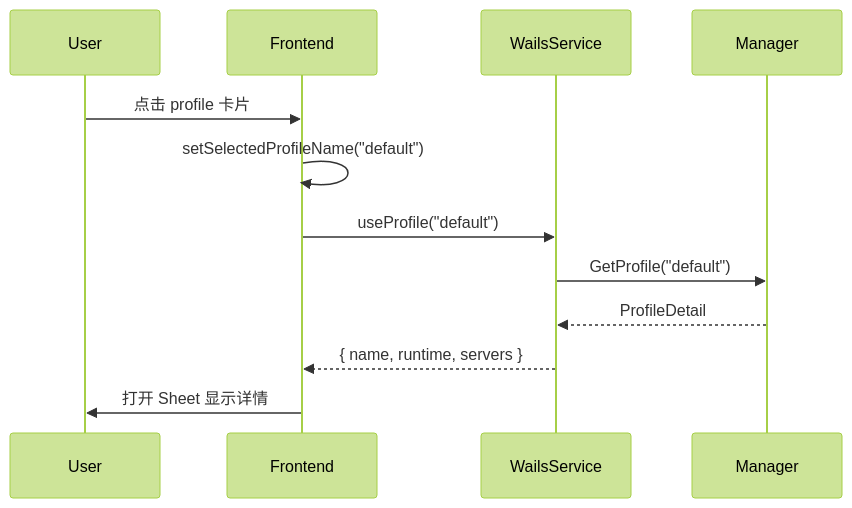
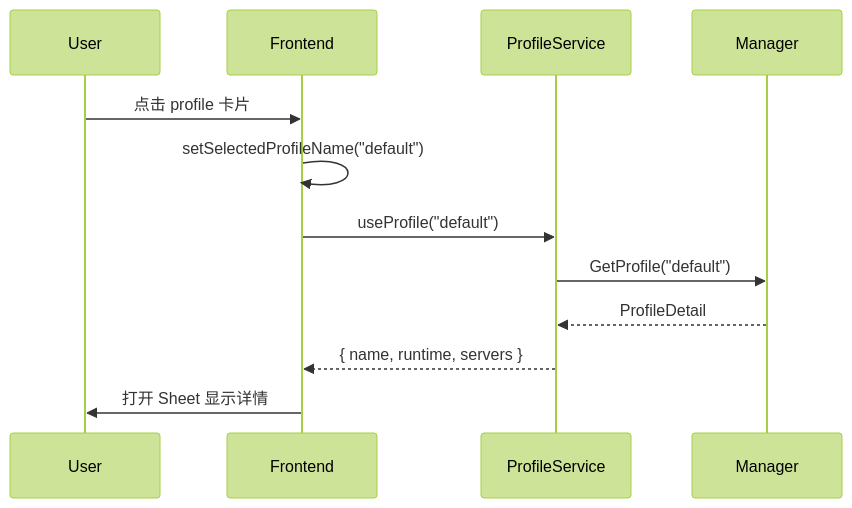
Before and after one commit to wibus-wee/mcpv: the second of 4 diagrams in docs/CONFIG_VISUALIZATION_DESIGN.md, drawn with Mermaid (forest theme). The commit also changed other lines of this file and 56 other files, not shown here.

````diff
--- a/docs/CONFIG_VISUALIZATION_DESIGN.md
+++ b/docs/CONFIG_VISUALIZATION_DESIGN.md
@@ -543,15 +545,15 @@
 ```mermaid
 sequenceDiagram
     participant User
     participant Frontend
-    participant WailsService
+    participant ProfileService
     participant Manager
 
     User->>Frontend: 点击 profile 卡片
     Frontend->>Frontend: setSelectedProfileName("default")
-    Frontend->>WailsService: useProfile("default")
-    WailsService->>Manager: GetProfile("default")
-    Manager-->>WailsService: ProfileDetail
-    WailsService-->>Frontend: { name, runtime, servers }
+    Frontend->>ProfileService: useProfile("default")
+    ProfileService->>Manager: GetProfile("default")
+    Manager-->>ProfileService: ProfileDetail
+    ProfileService-->>Frontend: { name, runtime, servers }
     Frontend->>User: 打开 Sheet 显示详情
 ```
````
